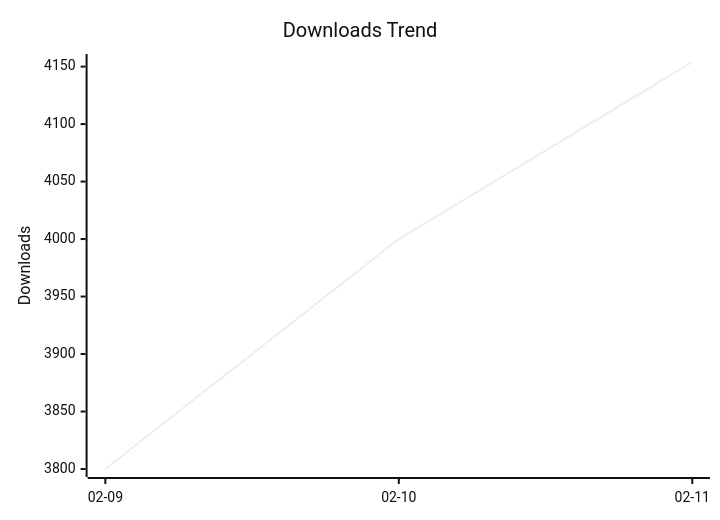
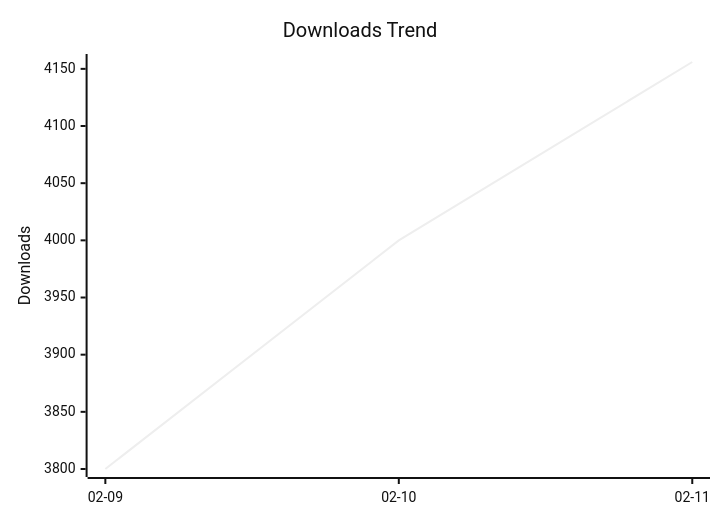
The diagram in docs/community-stats.md (Fu-Jie/openwebui-extensions), drawn with Mermaid (neutral theme) before and after one commit. The commit also changed other lines of this file and 5 other files, not shown here.

````diff
--- a/docs/community-stats.md
+++ b/docs/community-stats.md
@@ -7,7 +7,7 @@
 ```mermaid
 xychart-beta
     title "Downloads Trend"
     x-axis ["02-09", "02-10", "02-11"]
     y-axis "Downloads"
-    line [3800, 4000, 4154]
+    line [3800, 4000, 4156]
 ```
````
